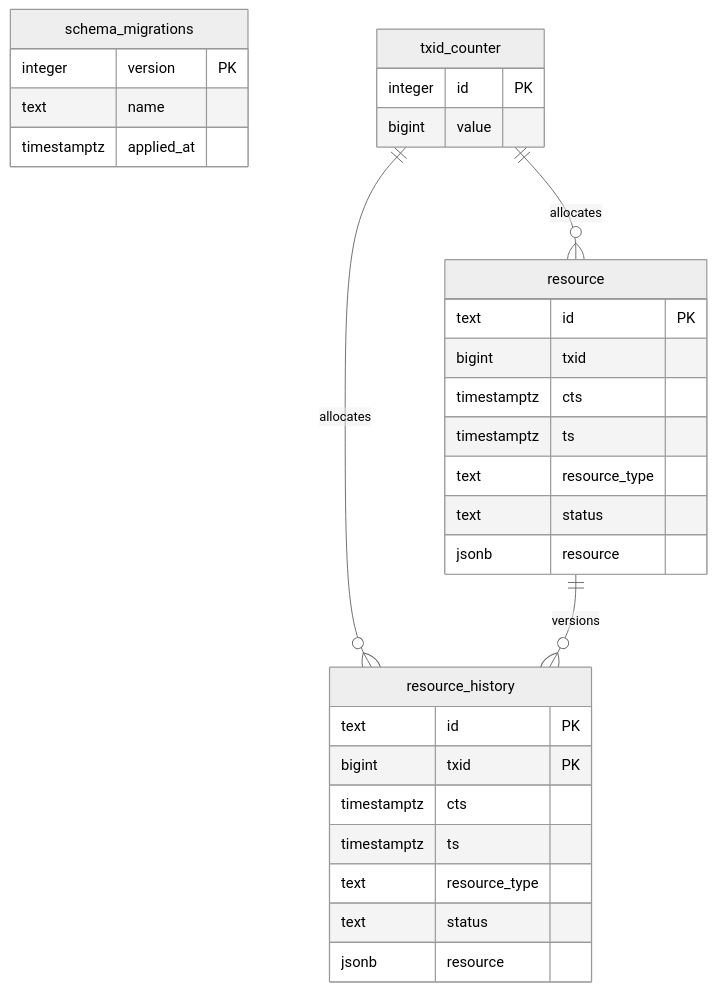
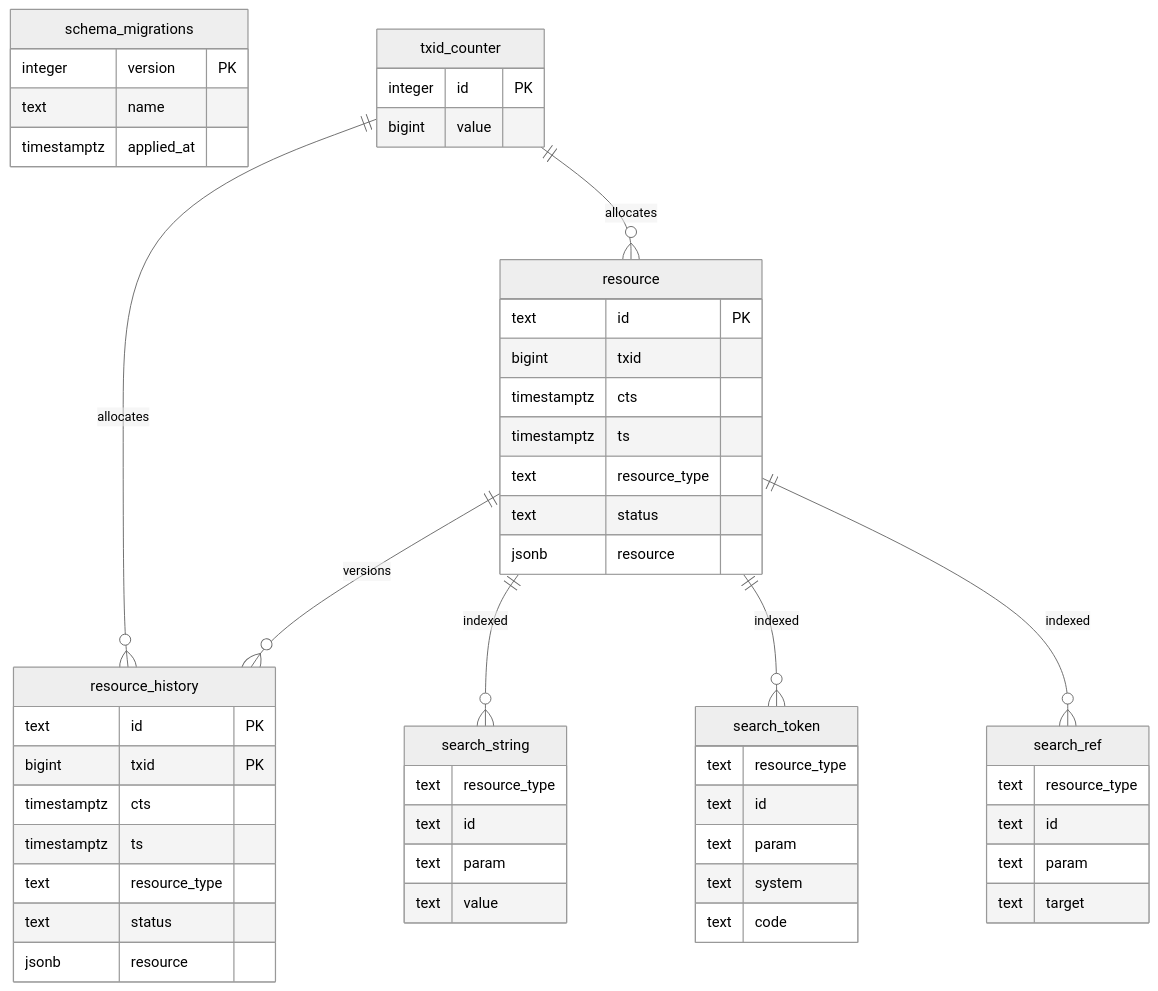
One commit to jaumeCloquellCapo/fhir changed the first of 2 diagrams in docs/Architecture.md. Above: the diagram before and after it, drawn with Mermaid (neutral theme). The commit also changed other lines of this file and 4 other files, not shown here.

````diff
--- a/docs/Architecture.md
+++ b/docs/Architecture.md
@@ -43,33 +45,55 @@
 ```mermaid
 erDiagram
     schema_migrations {
         integer version PK
         text name
         timestamptz applied_at
     }
     txid_counter {
         integer id PK
         bigint value
     }
     resource {
         text id PK
         bigint txid
         timestamptz cts
         timestamptz ts
         text resource_type
         text status
         jsonb resource
     }
     resource_history {
         text id PK
         bigint txid PK
         timestamptz cts
         timestamptz ts
         text resource_type
         text status
         jsonb resource
     }
+    search_string {
+        text resource_type
+        text id
+        text param
+        text value
+    }
+    search_token {
+        text resource_type
+        text id
+        text param
+        text system
+        text code
+    }
+    search_ref {
+        text resource_type
+        text id
+        text param
+        text target
+    }
     txid_counter ||--o{ resource : allocates
     txid_counter ||--o{ resource_history : allocates
     resource ||--o{ resource_history : versions
+    resource ||--o{ search_string : indexed
+    resource ||--o{ search_token : indexed
+    resource ||--o{ search_ref : indexed
 ```
````
